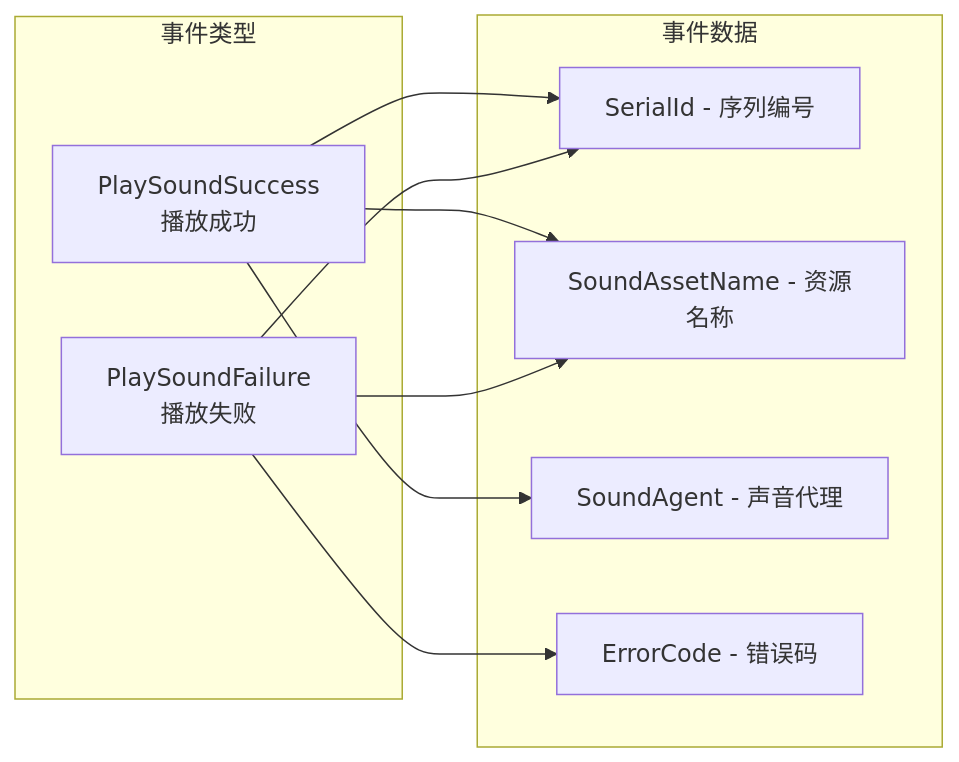
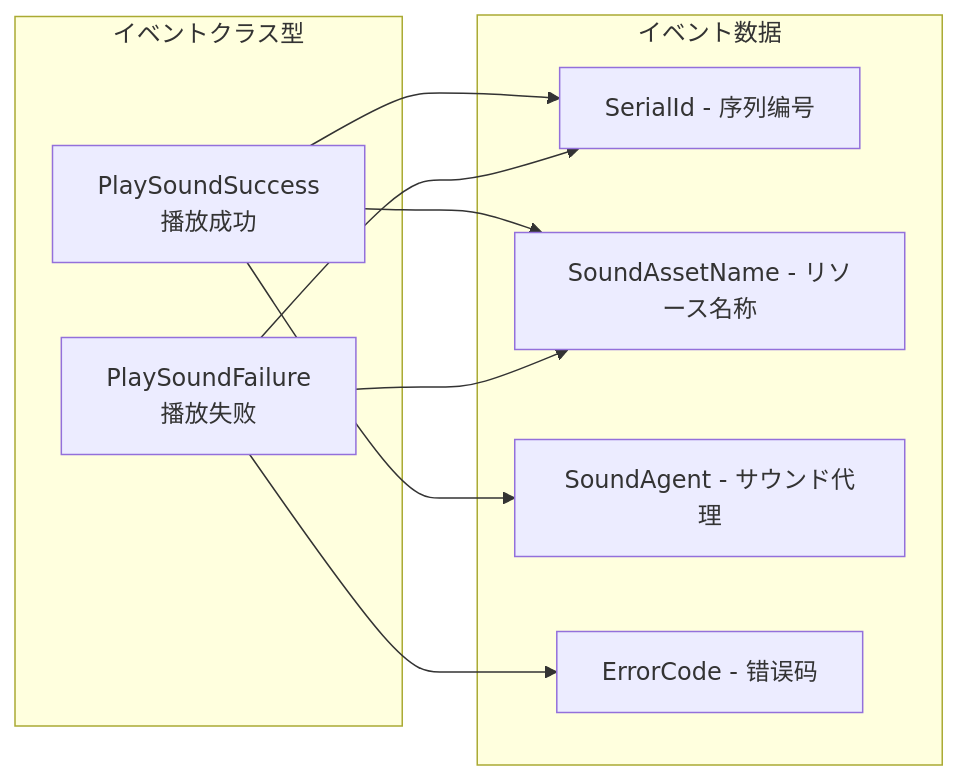
The fourth of 4 diagrams in docs/ja/client/unity/component/sound/01.overview.md (AlianBlank/GameFrameX.Docs), drawn with Mermaid before and after one commit. The commit also changed other lines of this file and 603 other files, not shown here.

````diff
--- a/docs/ja/client/unity/component/sound/01.overview.md
+++ b/docs/ja/client/unity/component/sound/01.overview.md
@@ -198,21 +198,21 @@
 ```mermaid
 flowchart LR
-    subgraph Events["事件类型"]
+    subgraph Events["イベントクラス型"]
         E1["PlaySoundSuccess\n播放成功"]
         E2["PlaySoundFailure\n播放失败"]
     end
     
-    subgraph Data["事件数据"]
+    subgraph Data["イベント数据"]
         D1["SerialId - 序列编号"]
-        D2["SoundAssetName - 资源名称"]
-        D3["SoundAgent - 声音代理"]
+        D2["SoundAssetName - リソース名称"]
+        D3["SoundAgent - サウンド代理"]
         D4["ErrorCode - 错误码"]
     end
     
     E1 --> D1
     E1 --> D2
     E1 --> D3
     E2 --> D1
     E2 --> D2
     E2 --> D4
 ```
````
